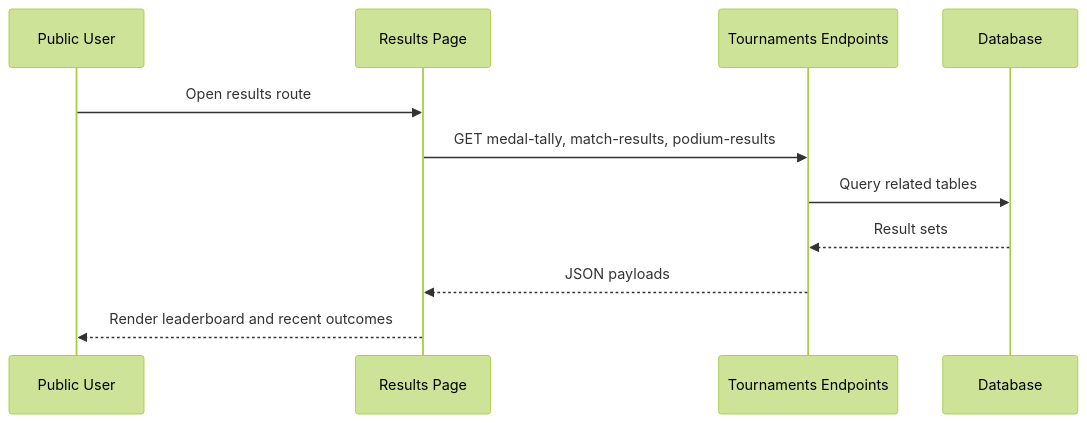
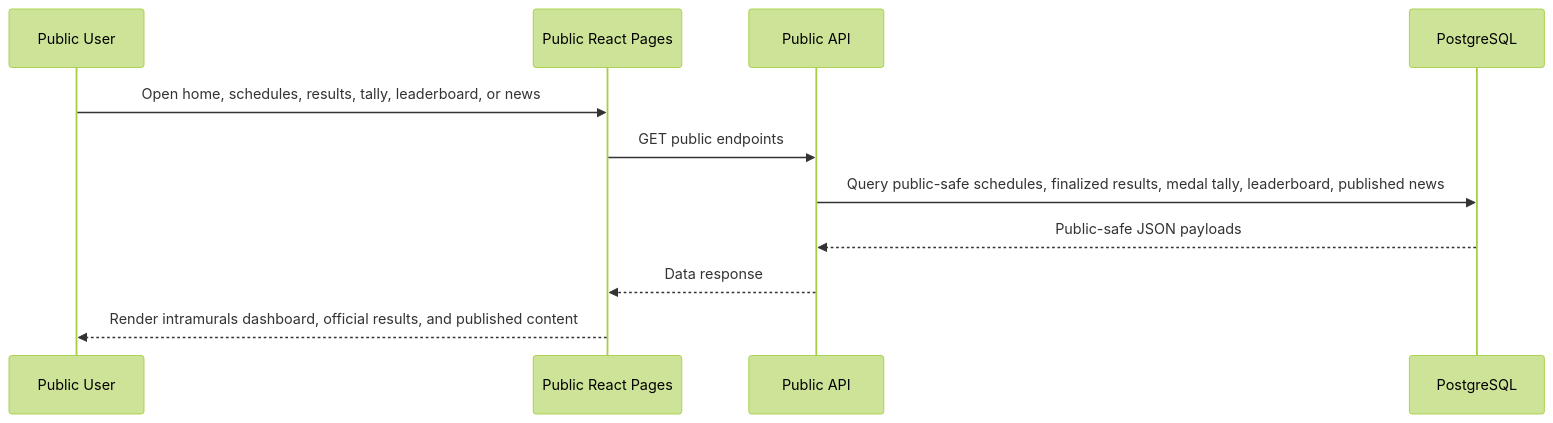
One commit to avocadoise/EnvergaArena changed diagram 14 of 14 in architecture/06-runtime-flows.md. Above: the diagram before and after it, drawn with Mermaid (forest theme). The commit also changed other lines of this file and 1 other file, not shown here.

Commit message:
feat: enhance security documentation with detailed authentication flow and token management

````diff
--- a/architecture/06-runtime-flows.md
+++ b/architecture/06-runtime-flows.md
@@ -154,14 +350,14 @@
 ```mermaid
 sequenceDiagram
     participant U as Public User
-    participant FE as Results Page
-    participant API as Tournaments Endpoints
-    participant DB as Database
+    participant FE as Public React Pages
+    participant API as Public API
+    participant DB as PostgreSQL
 
-    U->>FE: Open results route
-    FE->>API: GET medal-tally, match-results, podium-results
-    API->>DB: Query related tables
-    DB-->>API: Result sets
-    API-->>FE: JSON payloads
-    FE-->>U: Render leaderboard and recent outcomes
+    U->>FE: Open home, schedules, results, tally, leaderboard, or news
+    FE->>API: GET public endpoints
+    API->>DB: Query public-safe schedules, finalized results, medal tally, leaderboard, published news
+    DB-->>API: Public-safe JSON payloads
+    API-->>FE: Data response
+    FE-->>U: Render intramurals dashboard, official results, and published content
 ```
````
